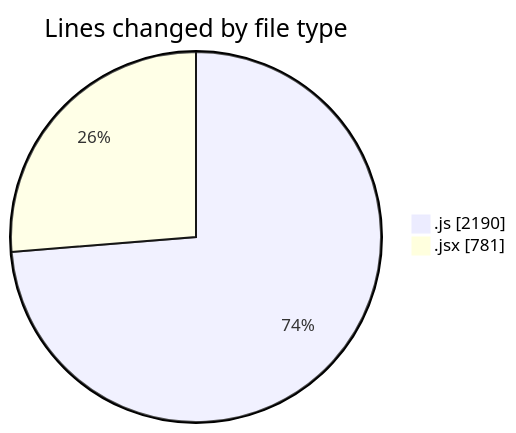
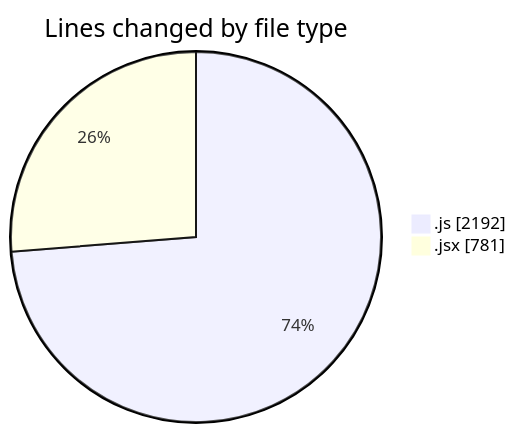
Before and after one commit to nxtqubesakshisongat/code-tracking: the first of 2 diagrams in 2025-09-11/nxtqube_webapp/README.md, drawn with Mermaid. The commit also changed other lines of this file and 1 other file, not shown here.

````diff
--- a/2025-09-11/nxtqube_webapp/README.md
+++ b/2025-09-11/nxtqube_webapp/README.md
@@ -26,6 +26,6 @@
 ```mermaid
 pie showData
 title Lines changed by file type
-".js" : 2190
+".js" : 2192
 ".jsx" : 781
 ```
````
